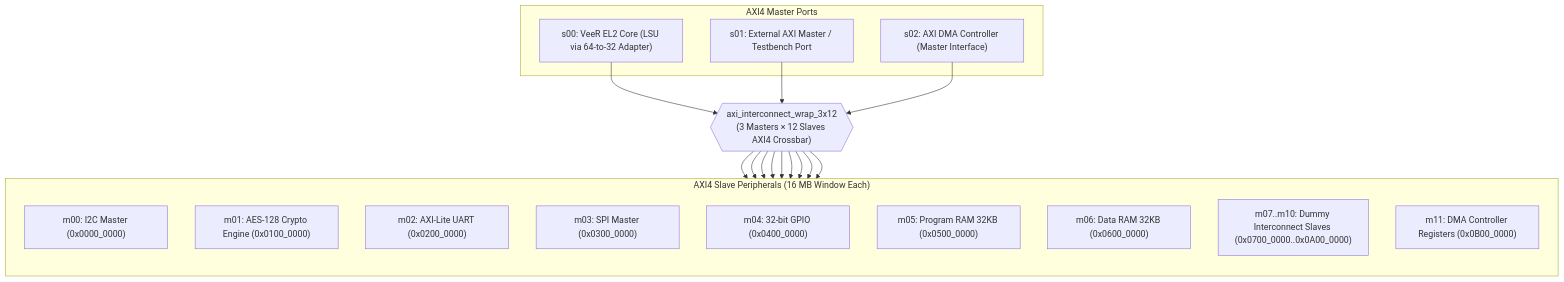
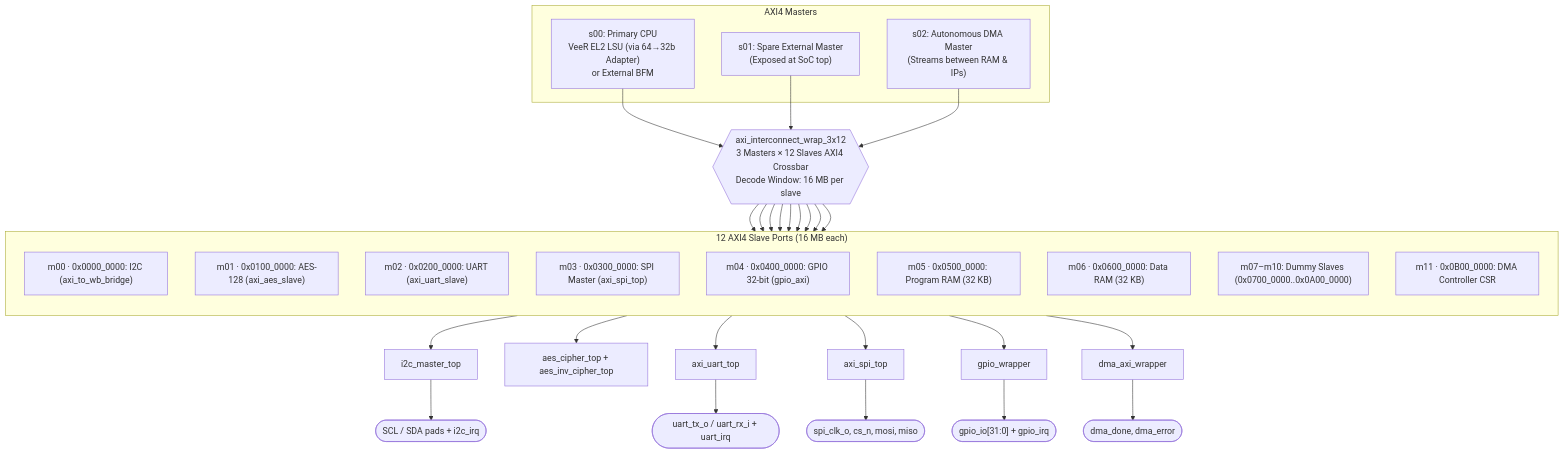
Before and after one commit to guntabhumesh/Secure-IoT-Gateway-SoC: the diagram in README.md, drawn with Mermaid. The commit also changed other lines of this file and 131 other files, not shown here.

Commit message:
Integrate UVM VIPs (UART, SPI, I2C, GPIO), relocate run scripts to run/, and update VCS/Verdi documentation

````diff
--- a/README.md
+++ b/README.md
@@ -85,37 +69,44 @@
 ```mermaid
-flowchart TD
-    subgraph MASTERS["AXI4 Master Ports"]
-        M_CPU["s00: VeeR EL2 Core (LSU via 64-to-32 Adapter)"]
-        M_EXT["s01: External AXI Master / Testbench Port"]
-        M_DMA["s02: AXI DMA Controller (Master Interface)"]
+flowchart TB
+    subgraph MASTERS["AXI4 Masters"]
+        S00["s00: Primary CPU<br/>VeeR EL2 LSU (via 64→32b Adapter)<br/>or External BFM"]
+        S01["s01: Spare External Master<br/>(Exposed at SoC top)"]
+        S02["s02: Autonomous DMA Master<br/>(Streams between RAM & IPs)"]
     end
 
-    XBAR{{"axi_interconnect_wrap_3x12<br/>(3 Masters × 12 Slaves AXI4 Crossbar)"}}
+    XBAR{{"axi_interconnect_wrap_3x12<br/>3 Masters × 12 Slaves AXI4 Crossbar<br/>Decode Window: 16 MB per slave"}}
 
-    M_CPU --> XBAR
-    M_EXT --> XBAR
-    M_DMA --> XBAR
+    S00 --> XBAR
+    S01 --> XBAR
+    S02 --> XBAR
 
-    subgraph SLAVES["AXI4 Slave Peripherals (16 MB Window Each)"]
+    subgraph SLAVES["12 AXI4 Slave Ports (16 MB each)"]
         direction TB
-        S00["m00: I2C Master (0x0000_0000)"]
-        S01["m01: AES-128 Crypto Engine (0x0100_0000)"]
-        S02["m02: AXI-Lite UART (0x0200_0000)"]
-        S03["m03: SPI Master (0x0300_0000)"]
-        S04["m04: 32-bit GPIO (0x0400_0000)"]
-        S05["m05: Program RAM 32KB (0x0500_0000)"]
-        S06["m06: Data RAM 32KB (0x0600_0000)"]
-        S07["m07..m10: Dummy Interconnect Slaves (0x0700_0000..0x0A00_0000)"]
-        S11["m11: DMA Controller Registers (0x0B00_0000)"]
+        M00["m00 · 0x0000_0000: I2C (axi_to_wb_bridge)"]
+        M01["m01 · 0x0100_0000: AES-128 (axi_aes_slave)"]
+        M02["m02 · 0x0200_0000: UART (axi_uart_slave)"]
+        M03["m03 · 0x0300_0000: SPI Master (axi_spi_top)"]
+        M04["m04 · 0x0400_0000: GPIO 32-bit (gpio_axi)"]
+        M05["m05 · 0x0500_0000: Program RAM (32 KB)"]
+        M06["m06 · 0x0600_0000: Data RAM (32 KB)"]
+        M07["m07–m10: Dummy Slaves (0x0700_0000..0x0A00_0000)"]
+        M11["m11 · 0x0B00_0000: DMA Controller CSR"]
     end
 
-    XBAR --> S00
-    XBAR --> S01
-    XBAR --> S02
-    XBAR --> S03
-    XBAR --> S04
-    XBAR --> S05
-    XBAR --> S06
-    XBAR --> S07
-    XBAR --> S11
+    XBAR --> M00
+    XBAR --> M01
+    XBAR --> M02
+    XBAR --> M03
+    XBAR --> M04
+    XBAR --> M05
+    XBAR --> M06
+    XBAR --> M07
+    XBAR --> M11
+
+    M00 --> I2C["i2c_master_top"] --> I2CPADS(["SCL / SDA pads + i2c_irq"])
+    M01 --> AES["aes_cipher_top + aes_inv_cipher_top"]
+    M02 --> UART["axi_uart_top"] --> UARTPADS(["uart_tx_o / uart_rx_i + uart_irq"])
+    M03 --> SPI["axi_spi_top"] --> SPIPADS(["spi_clk_o, cs_n, mosi, miso"])
+    M04 --> GPIO["gpio_wrapper"] --> GPIOPADS(["gpio_io[31:0] + gpio_irq"])
+    M11 --> DMA["dma_axi_wrapper"] --> DMAPADS(["dma_done, dma_error"])
 ```
````
